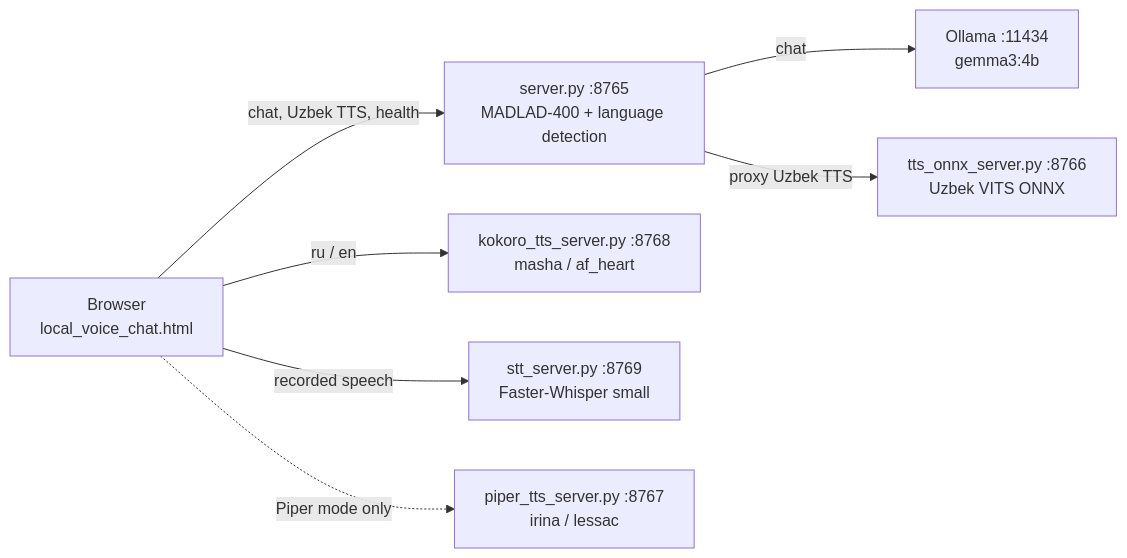
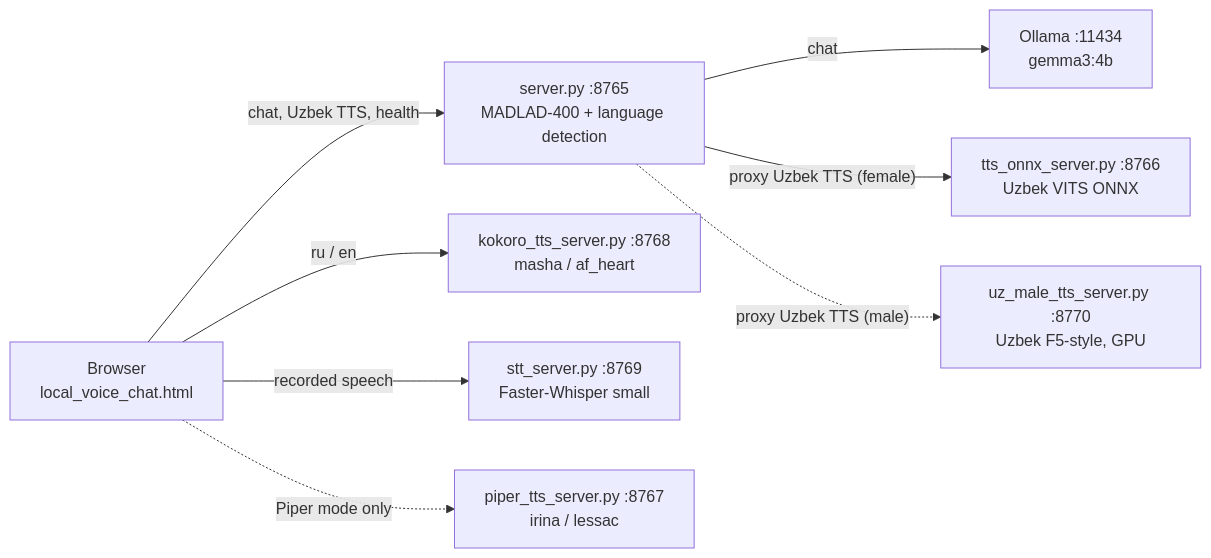
One commit to FirdavsNurmatov/local-ai-voice-assistant changed the diagram in README.md. Above: the diagram before and after it, drawn with Mermaid. The commit also changed other lines of this file and 18 other files, not shown here.

First line of the commit message:
Add optional Uzbek male voice and the current-setup decision record

````diff
--- a/README.md
+++ b/README.md
@@ -44,9 +44,10 @@
 ```mermaid
 flowchart LR
     B["Browser<br/>local_voice_chat.html"] -->|"chat, Uzbek TTS, health"| S["server.py :8765<br/>MADLAD-400 + language detection"]
     S -->|"chat"| O["Ollama :11434<br/>gemma3:4b"]
-    S -->|"proxy Uzbek TTS"| U["tts_onnx_server.py :8766<br/>Uzbek VITS ONNX"]
+    S -->|"proxy Uzbek TTS (female)"| U["tts_onnx_server.py :8766<br/>Uzbek VITS ONNX"]
+    S -.->|"proxy Uzbek TTS (male)"| M["uz_male_tts_server.py :8770<br/>Uzbek F5-style, GPU"]
     B -->|"ru / en"| K["kokoro_tts_server.py :8768<br/>masha / af_heart"]
     B -->|"recorded speech"| W["stt_server.py :8769<br/>Faster-Whisper small"]
     B -.->|"Piper mode only"| P["piper_tts_server.py :8767<br/>irina / lessac"]
 ```
````
